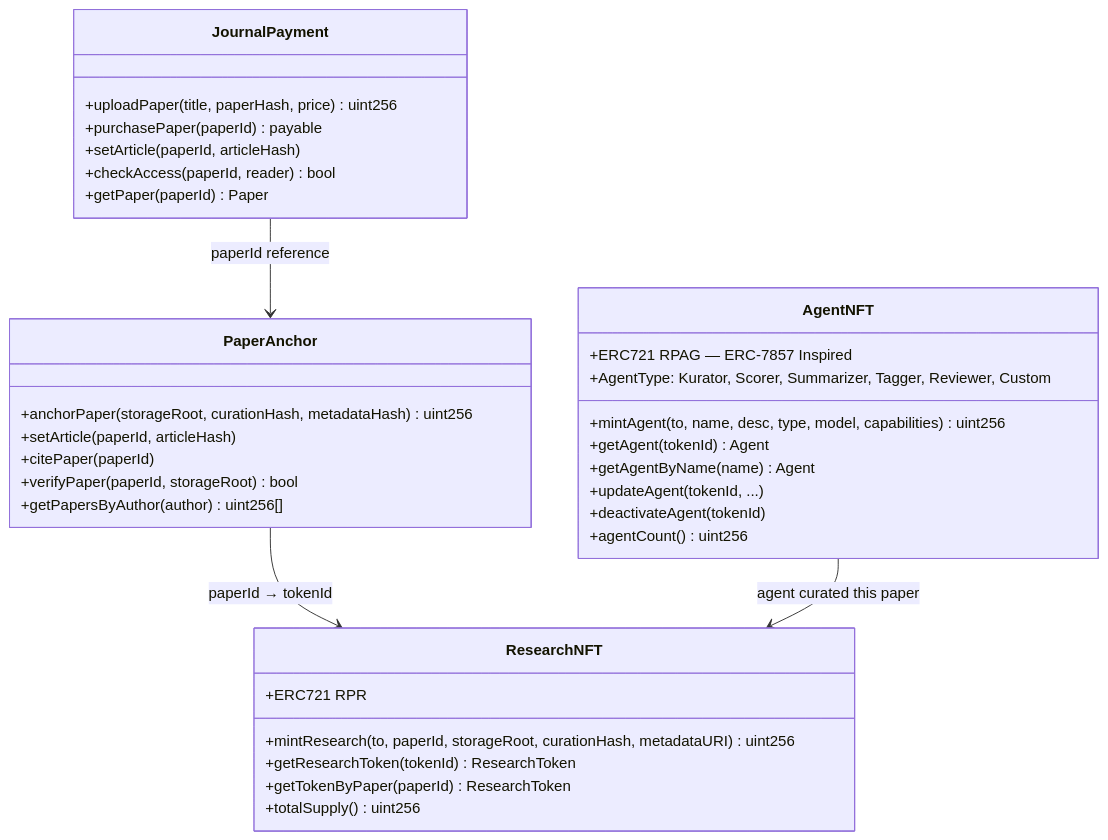
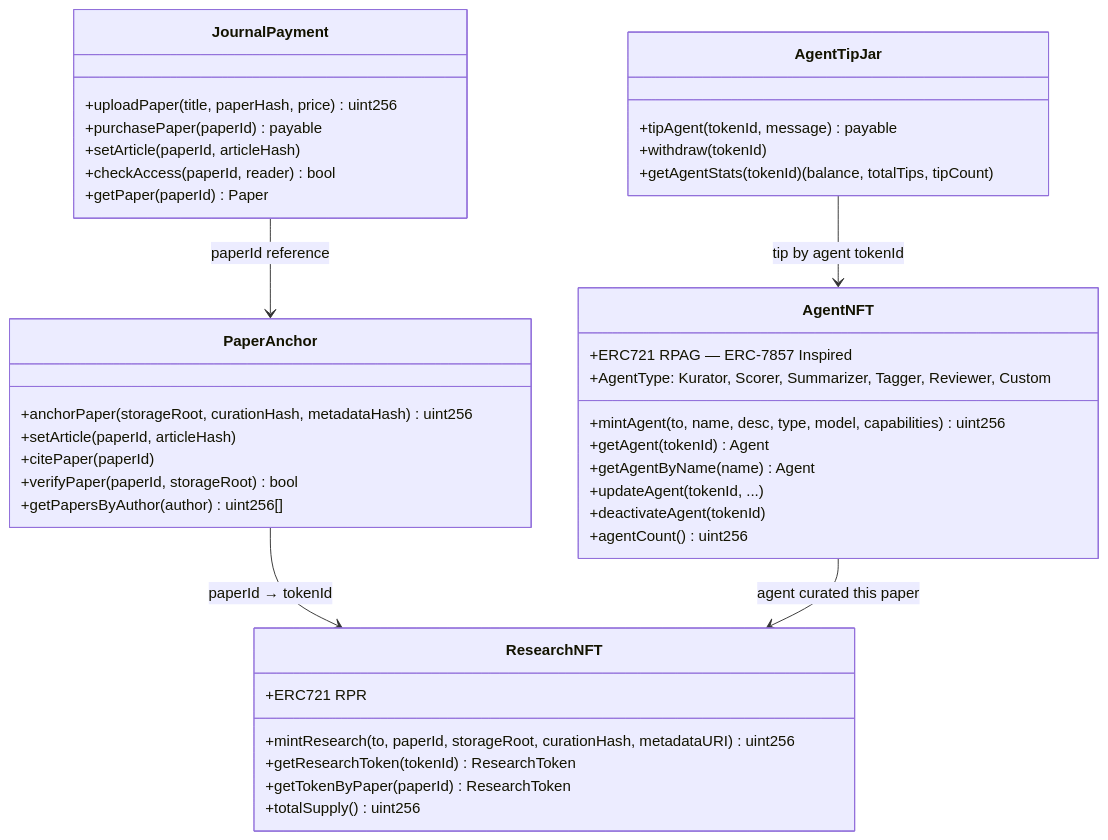
Before and after one commit to dwlpra/rumah-peneliti: the fourth of 4 diagrams in README.md, drawn with Mermaid. The commit also changed other lines of this file, not shown here.

First line of the commit message:
docs: fix README contract addresses, agent NFT IDs, add AgentTipJar

````diff
--- a/README.md
+++ b/README.md
@@ -258,41 +258,48 @@
 ```mermaid
 classDiagram
     class JournalPayment {
         +uploadPaper(title, paperHash, price) uint256
         +purchasePaper(paperId) payable
         +setArticle(paperId, articleHash)
         +checkAccess(paperId, reader) bool
         +getPaper(paperId) Paper
     }
 
     class PaperAnchor {
         +anchorPaper(storageRoot, curationHash, metadataHash) uint256
         +setArticle(paperId, articleHash)
         +citePaper(paperId)
         +verifyPaper(paperId, storageRoot) bool
         +getPapersByAuthor(author) uint256[]
     }
 
     class ResearchNFT {
         +ERC721 RPR
         +mintResearch(to, paperId, storageRoot, curationHash, metadataURI) uint256
         +getResearchToken(tokenId) ResearchToken
         +getTokenByPaper(paperId) ResearchToken
         +totalSupply() uint256
     }
 
     class AgentNFT {
         +ERC721 RPAG — ERC-7857 Inspired
         +mintAgent(to, name, desc, type, model, capabilities) uint256
         +getAgent(tokenId) Agent
         +getAgentByName(name) Agent
         +updateAgent(tokenId, ...)
         +deactivateAgent(tokenId)
         +agentCount() uint256
         +AgentType: Kurator, Scorer, Summarizer, Tagger, Reviewer, Custom
     }
 
+    class AgentTipJar {
+        +tipAgent(tokenId, message) payable
+        +withdraw(tokenId)
+        +getAgentStats(tokenId) (balance, totalTips, tipCount)
+    }
+
     JournalPayment --> PaperAnchor : paperId reference
     PaperAnchor --> ResearchNFT : paperId → tokenId
     AgentNFT --> ResearchNFT : agent curated this paper
+    AgentTipJar --> AgentNFT : tip by agent tokenId
 ```
````
